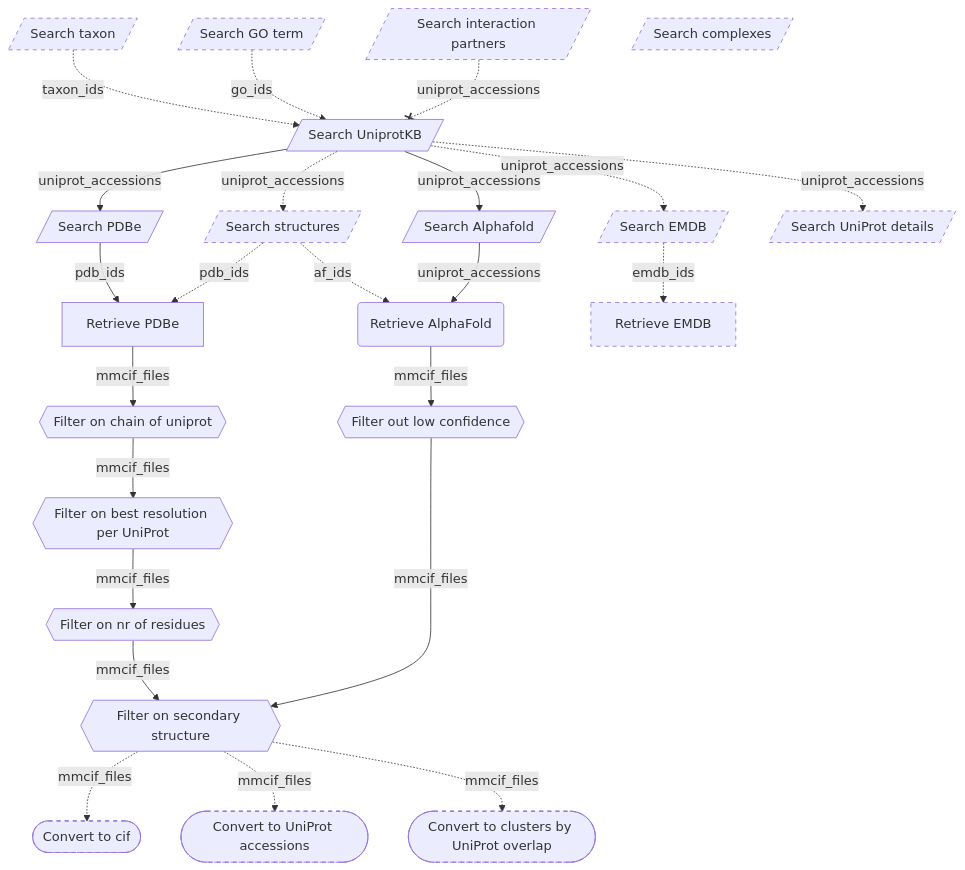
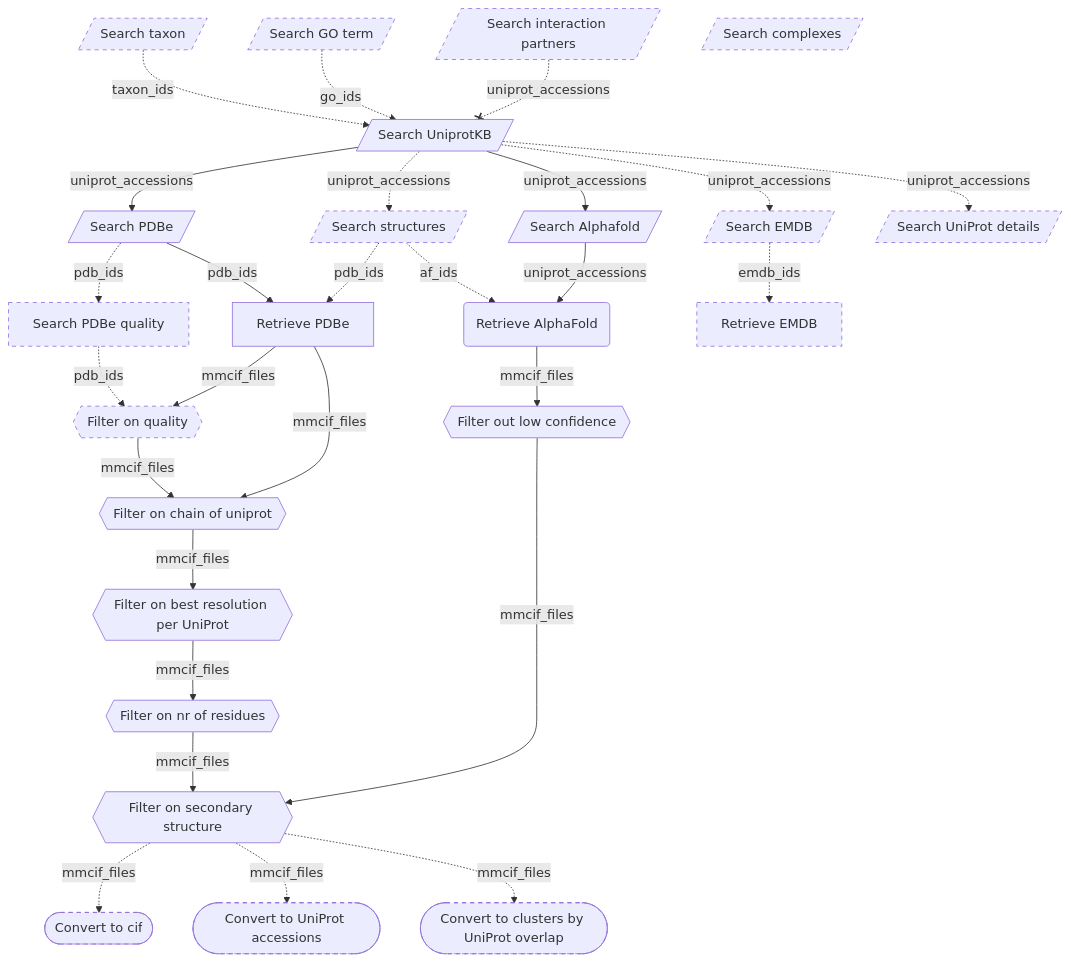
Before and after one commit to haddocking/protein-quest: the diagram in README.md, drawn with Mermaid. The commit also changed other lines of this file and 6 other files, not shown here.

Commit message:
Add `protein-quest search pdbe-quality` and `protein-quest filter pdbe-quality`

````diff
--- a/README.md
+++ b/README.md
@@ -40,38 +40,44 @@
 ```mermaid
 graph TB;
     taxonomy[/Search taxon/] -. taxon_ids .-> searchuniprot[/Search UniprotKB/]
     goterm[/Search GO term/] -. go_ids .-> searchuniprot[/Search UniprotKB/]
     searchuniprot --> |uniprot_accessions|searchpdbe[/Search PDBe/]
     searchuniprot -. uniprot_accessions .-> searchstructures[/Search structures/]
     searchuniprot --> |uniprot_accessions|searchaf[/Search Alphafold/]
     searchuniprot -. uniprot_accessions .-> searchemdb[/Search EMDB/]
     searchuniprot -. uniprot_accessions .-> searchuniprotdetails[/Search UniProt details/]
     searchintactionpartners[/Search interaction partners/] -.-x |uniprot_accessions|searchuniprot
     searchcomplexes[/Search complexes/]
+    searchpdbe -. pdb_ids .-> searchpdbequality[Search PDBe quality]
     searchpdbe -->|pdb_ids|fetchpdbe[Retrieve PDBe]
     searchstructures -. pdb_ids .-> fetchpdbe
     searchstructures -. af_ids .-> fetchad
     searchaf --> |uniprot_accessions|fetchad(Retrieve AlphaFold)
     searchemdb -. emdb_ids .->fetchemdb[Retrieve EMDB]
+    fetchpdbe -->|mmcif_files| filterquality
     fetchpdbe -->|mmcif_files| chainfilter{{Filter on chain of uniprot}}
     chainfilter --> |mmcif_files| resolutionfilter{{Filter on best resolution per UniProt}}
     resolutionfilter --> |mmcif_files| residuefilter{{Filter on nr of residues}}
     fetchad -->|mmcif_files| confidencefilter{{Filter out low confidence}}
     confidencefilter --> |mmcif_files| ssfilter{{Filter on secondary structure}}
     residuefilter --> |mmcif_files| ssfilter
     ssfilter -. mmcif_files .-> convert2cif([Convert to cif])
     ssfilter -. mmcif_files .-> convert2uniprot_accessions([Convert to UniProt accessions])
     ssfilter -. mmcif_files .-> convert2clusters([Convert to clusters by UniProt overlap])
+    searchpdbequality -. pdb_ids .-> filterquality{{Filter on quality}}
+    filterquality --> |mmcif_files| chainfilter
     classDef dashedBorder stroke-dasharray: 5 5;
     goterm:::dashedBorder
     taxonomy:::dashedBorder
     searchemdb:::dashedBorder
     fetchemdb:::dashedBorder
     searchstructures:::dashedBorder
     searchintactionpartners:::dashedBorder
     searchcomplexes:::dashedBorder
     searchuniprotdetails:::dashedBorder
+    searchpdbequality:::dashedBorder
+    filterquality:::dashedBorder
     convert2cif:::dashedBorder
     convert2uniprot_accessions:::dashedBorder
     convert2clusters:::dashedBorder
 ```
````
